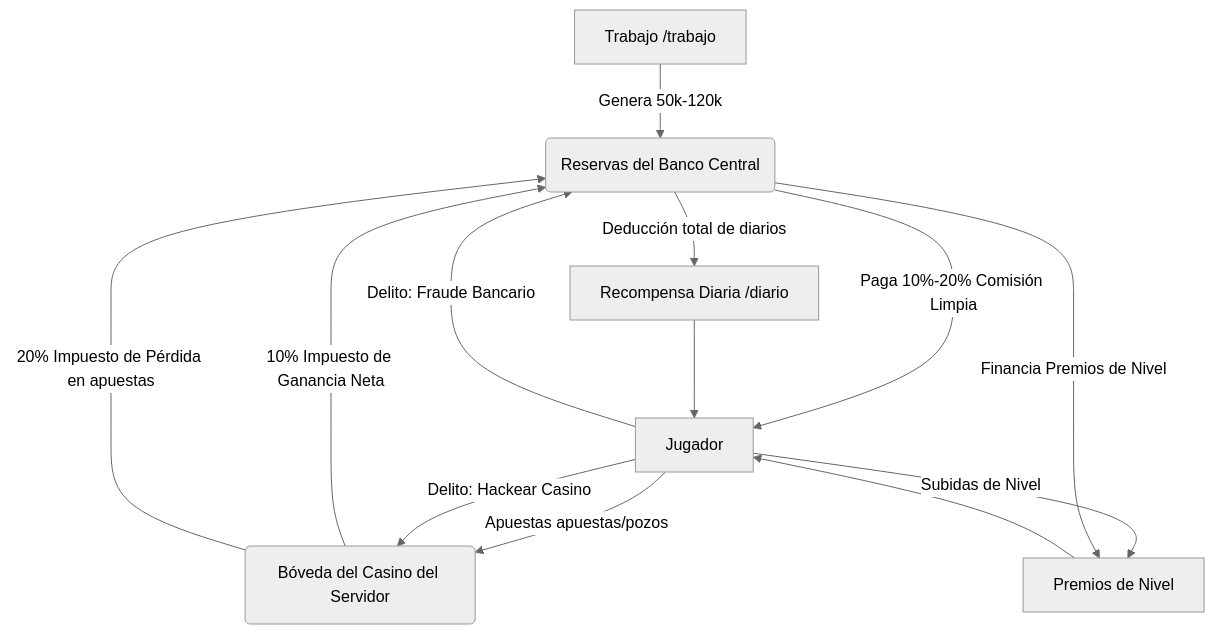
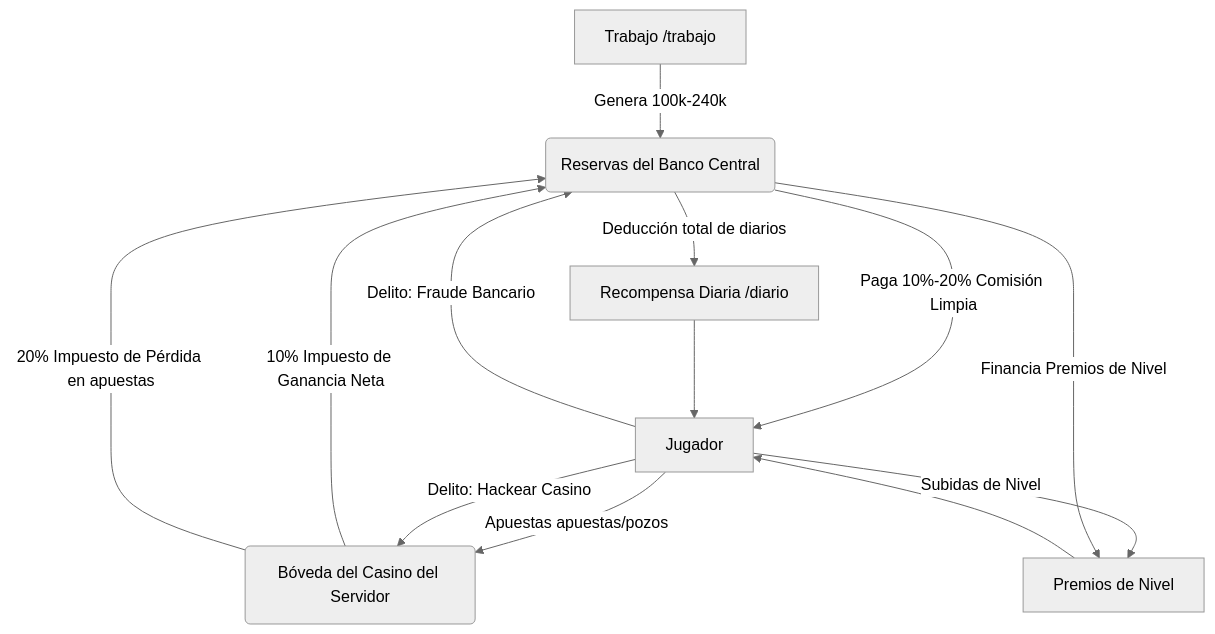
The diagram in README.md (roemdev/sketchbot), drawn with Mermaid (neutral theme) before and after one commit. The commit also changed other lines of this file and 29 other files, not shown here.

````diff
--- a/README.md
+++ b/README.md
@@ -14,15 +14,15 @@
 ```mermaid
 graph TD
-    A[Trabajo /trabajo] -->|Genera 50k-120k| B(Reservas del Banco Central)
+    A[Trabajo /trabajo] -->|Genera 100k-240k| B(Reservas del Banco Central)
     B -->|Paga 10%-20% Comisión Limpia| C[Jugador]
     B -->|Deducción total de diarios| D[Recompensa Diaria /diario]
     D --> C
     C -->|Apuestas apuestas/pozos| E(Bóveda del Casino del Servidor)
     E -->|10% Impuesto de Ganancia Neta| B
     E -->|20% Impuesto de Pérdida en apuestas| B
     C -->|Delito: Hackear Casino| E
     C -->|Delito: Fraude Bancario| B
     C -->|Subidas de Nivel| F[Premios de Nivel]
     B -->|Financia Premios de Nivel| F
     F --> C
 ```
````
